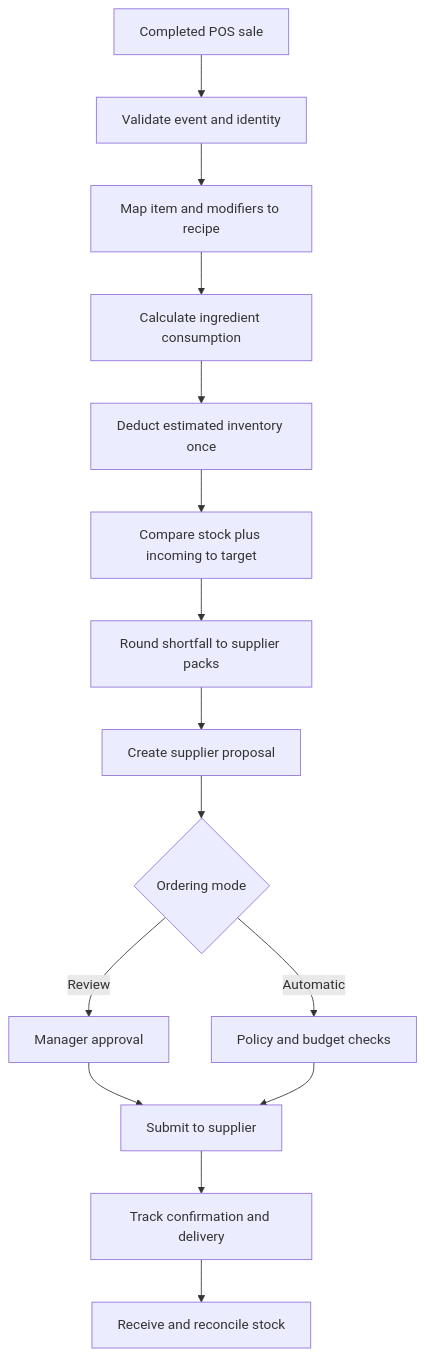
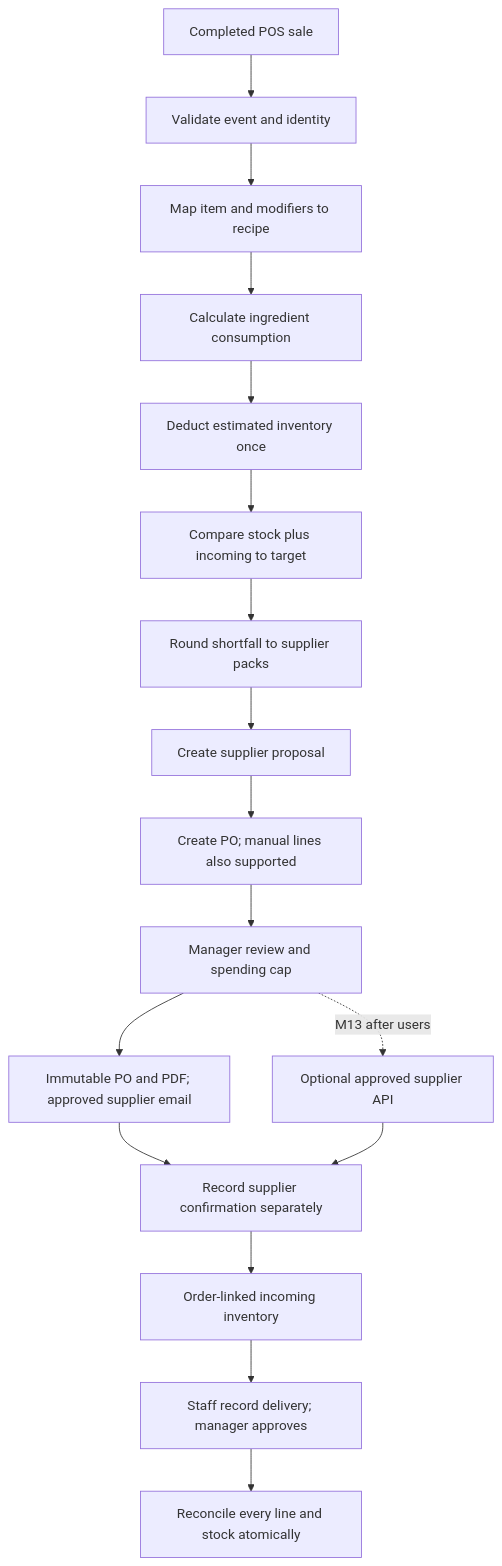
The diagram in docs/PANTRACK_MILESTONES.md (magkaniotisleonidas28-star/Pantrack), drawn with Mermaid before and after one commit. The commit also changed other lines of this file and 47 other files, not shown here.

````diff
--- a/docs/PANTRACK_MILESTONES.md
+++ b/docs/PANTRACK_MILESTONES.md
@@ -84,17 +84,19 @@
 ```mermaid
 flowchart TD
     A[Completed POS sale] --> B[Validate event and identity]
     B --> C[Map item and modifiers to recipe]
     C --> D[Calculate ingredient consumption]
     D --> E[Deduct estimated inventory once]
     E --> F[Compare stock plus incoming to target]
     F --> G[Round shortfall to supplier packs]
     G --> H[Create supplier proposal]
-    H --> I{Ordering mode}
-    I -->|Review| J[Manager approval]
-    I -->|Automatic| K[Policy and budget checks]
-    J --> L[Submit to supplier]
-    K --> L
-    L --> M[Track confirmation and delivery]
-    M --> N[Receive and reconcile stock]
+    H --> I[Create PO; manual lines also supported]
+    I --> J[Manager review and spending cap]
+    J --> K[Immutable PO and PDF; approved supplier email]
+    K --> L[Record supplier confirmation separately]
+    L --> M[Order-linked incoming inventory]
+    M --> N[Staff record delivery; manager approves]
+    N --> O[Reconcile every line and stock atomically]
+    J -. M13 after users .-> P[Optional approved supplier API]
+    P --> L
 ```
````
